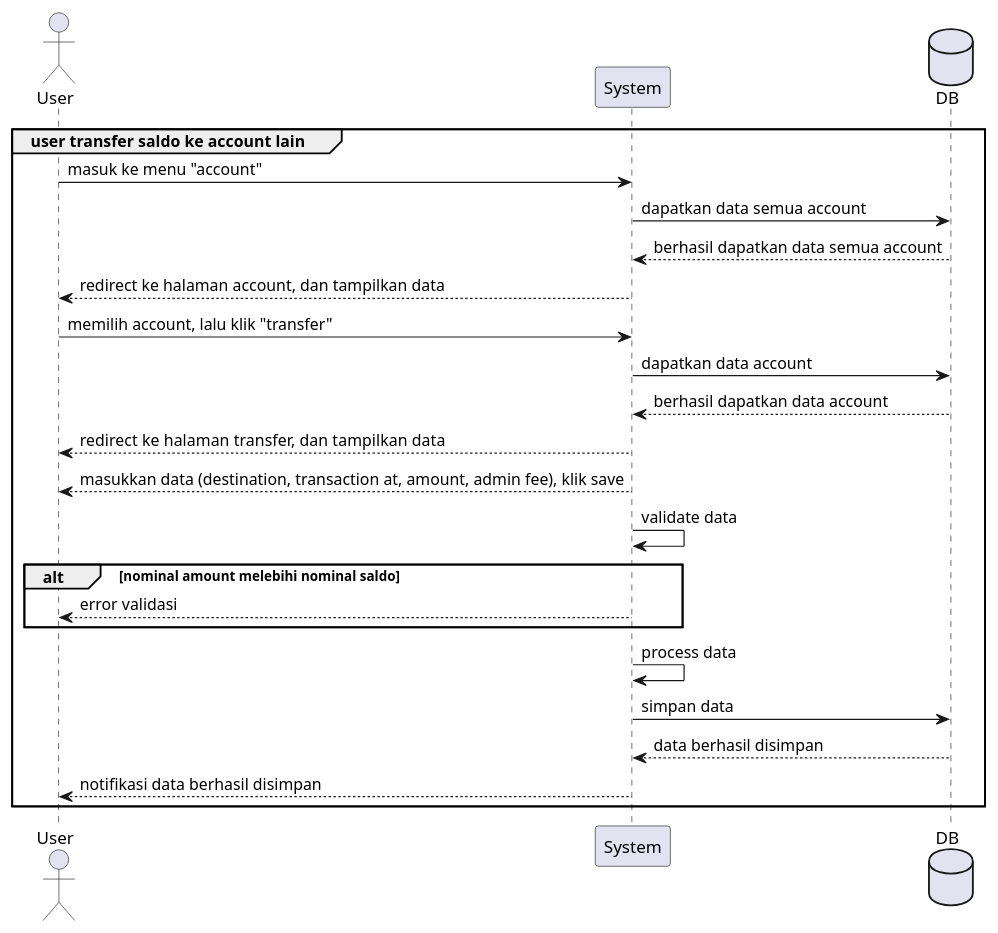
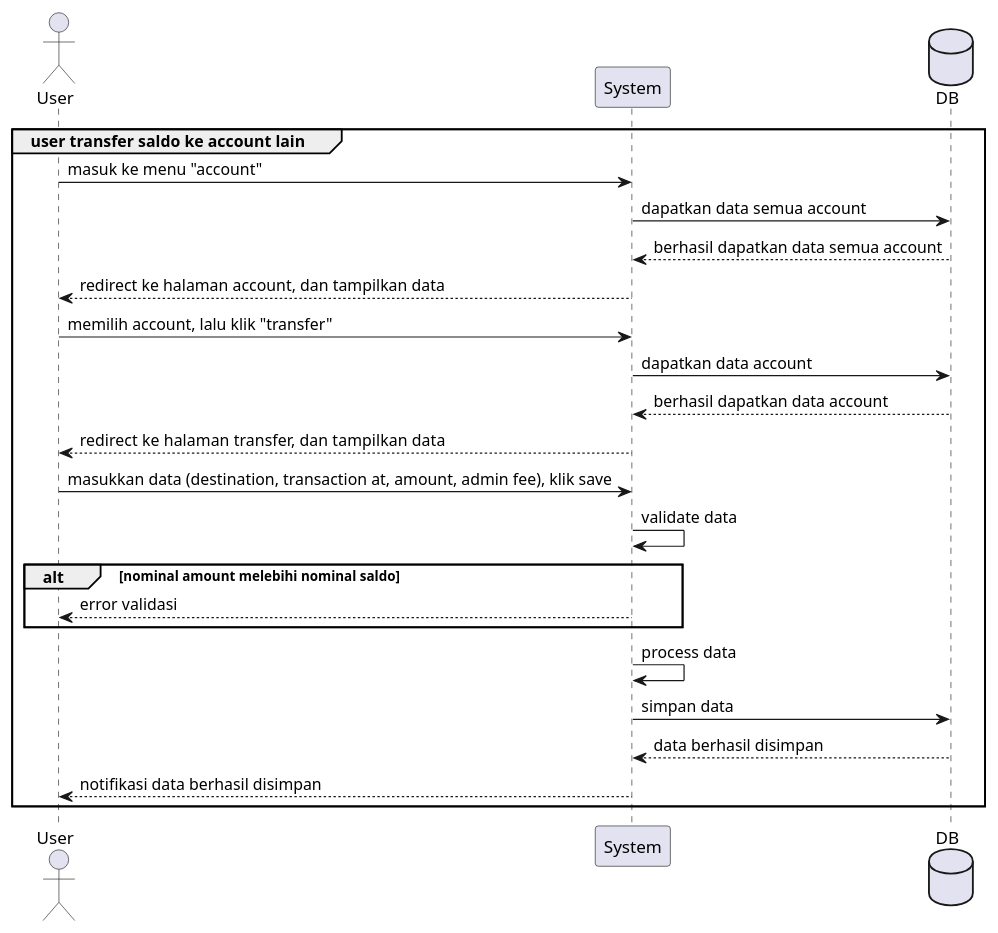
One commit to davidimannuel/uwika_collab_project changed the diagram in docs/sequence_diagram/18. user transfer ke account lain..puml. Above: the diagram before and after it, drawn with PlantUML.

Commit message:
fix sequence diagram

```diff
--- a/docs/sequence_diagram/18. user transfer ke account lain..puml
+++ b/docs/sequence_diagram/18. user transfer ke account lain..puml
@@ -1,24 +1,24 @@
 @startuml kelompok1
 actor User
 participant System
 database DB
 group user transfer saldo ke account lain 
   User -> System : masuk ke menu "account"
   System -> DB : dapatkan data semua account
   System <-- DB : berhasil dapatkan data semua account
   User <-- System : redirect ke halaman account, dan tampilkan data
   User -> System : memilih account, lalu klik "transfer"
   System -> DB : dapatkan data account
   System <-- DB : berhasil dapatkan data account
   User <-- System : redirect ke halaman transfer, dan tampilkan data
-  System --> User : masukkan data (destination, transaction at, amount, admin fee), klik save
+  User -> System : masukkan data (destination, transaction at, amount, admin fee), klik save
   System -> System : validate data
   alt nominal amount melebihi nominal saldo
   System --> User :error validasi
   end
   System -> System : process data
   System -> DB : simpan data
   System <-- DB : data berhasil disimpan
   User <-- System :notifikasi data berhasil disimpan
 end
 @enduml
```
